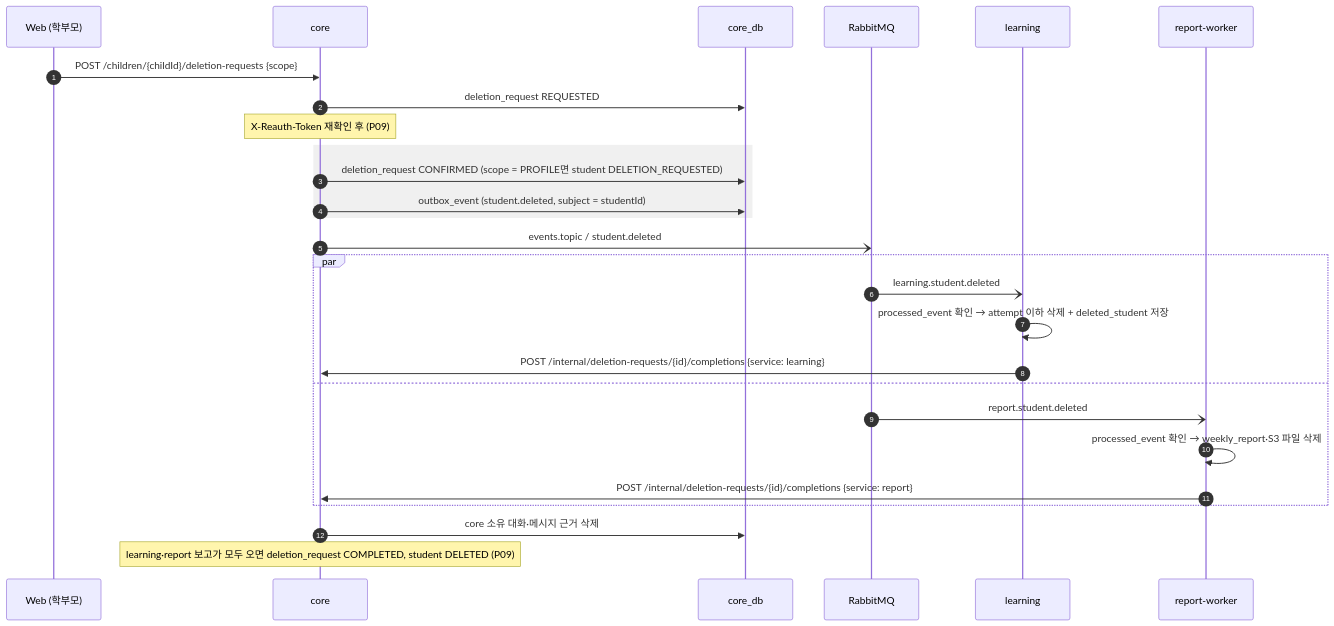
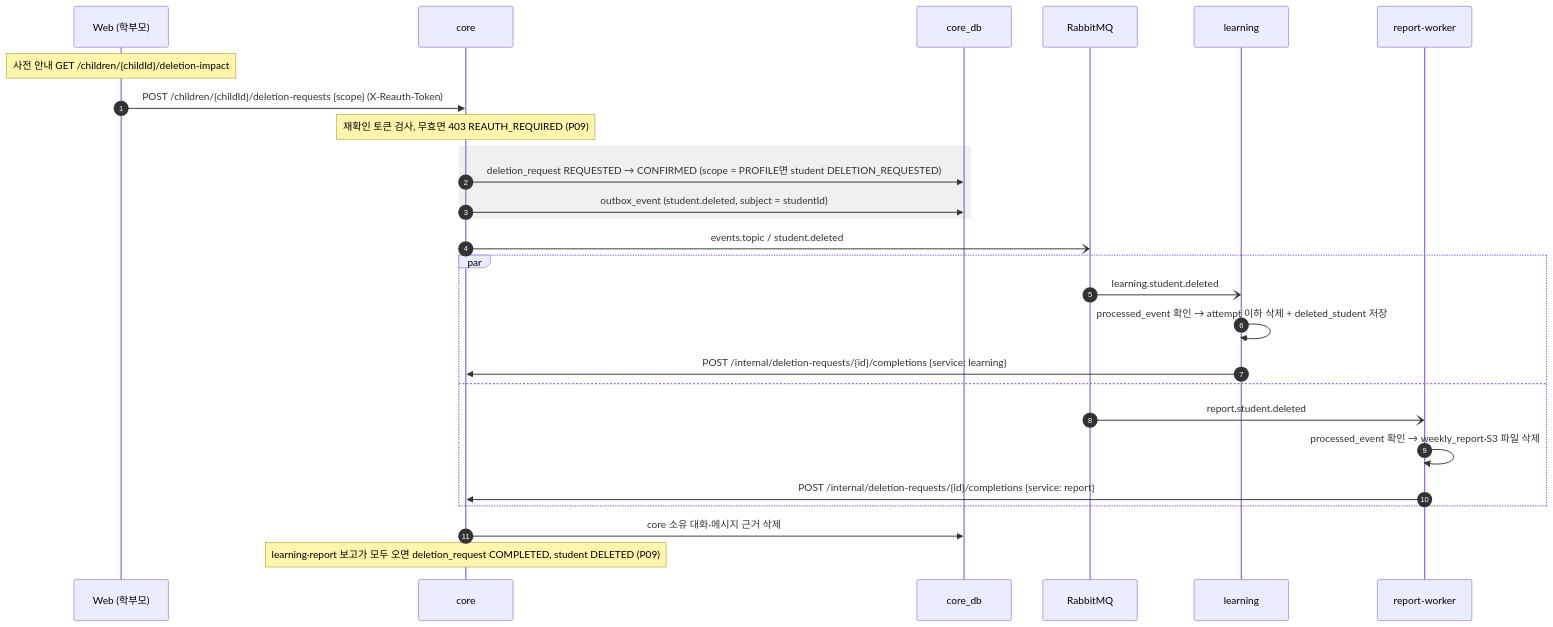
One commit to SKNETWORKS-FAMILY-AICAMP/SKN34-FINAL-3TEAM changed diagram 20 of 21 in docs/design/sequence-diagram.md. Above: the diagram before and after it, drawn with Mermaid. The commit also changed other lines of this file and 14 other files, not shown here.

````diff
--- a/docs/design/sequence-diagram.md
+++ b/docs/design/sequence-diagram.md
@@ -886,30 +886,30 @@
 ```mermaid
 sequenceDiagram
   autonumber
   participant W as Web (학부모)
   participant C as core
   participant CDB as core_db
   participant MQ as RabbitMQ
   participant L as learning
   participant RW as report-worker
 
-  W->>C: POST /children/{childId}/deletion-requests {scope}
-  C->>CDB: deletion_request REQUESTED
-  Note over C: X-Reauth-Token 재확인 후 (P09)
+  Note over W: 사전 안내 GET /children/{childId}/deletion-impact
+  W->>C: POST /children/{childId}/deletion-requests {scope} (X-Reauth-Token)
+  Note over C: 재확인 토큰 검사, 무효면 403 REAUTH_REQUIRED (P09)
   rect rgba(128,128,128,0.12)
-    C->>CDB: deletion_request CONFIRMED (scope = PROFILE면 student DELETION_REQUESTED)
+    C->>CDB: deletion_request REQUESTED → CONFIRMED (scope = PROFILE면 student DELETION_REQUESTED)
     C->>CDB: outbox_event (student.deleted, subject = studentId)
   end
   C-)MQ: events.topic / student.deleted
   par
     MQ-)L: learning.student.deleted
     L->>L: processed_event 확인 → attempt 이하 삭제 + deleted_student 저장
     L->>C: POST /internal/deletion-requests/{id}/completions {service: learning}
   and
     MQ-)RW: report.student.deleted
     RW->>RW: processed_event 확인 → weekly_report·S3 파일 삭제
     RW->>C: POST /internal/deletion-requests/{id}/completions {service: report}
   end
   C->>CDB: core 소유 대화·메시지 근거 삭제
   Note over C: learning·report 보고가 모두 오면 deletion_request COMPLETED, student DELETED (P09)
 ```
````
